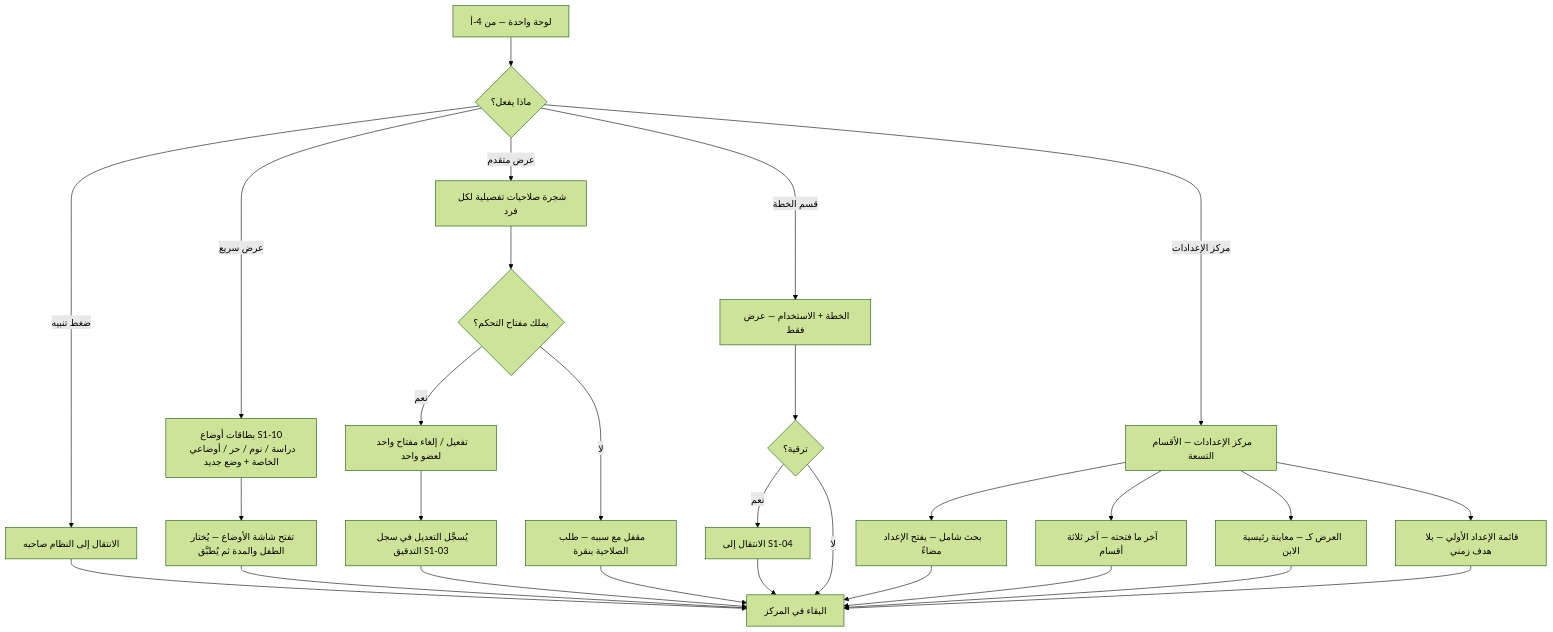
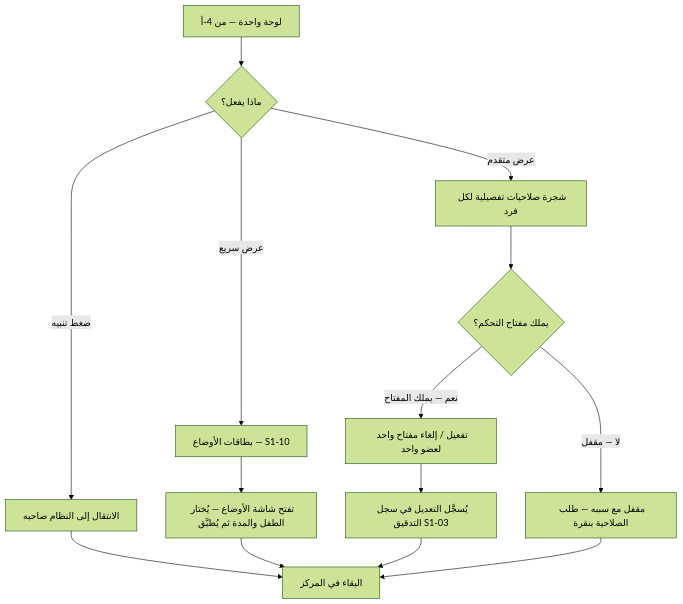
Diagram 17 of 33 in docs/family-os/governance/phases/phase-1/S1-09-command-center-and-settings/DIAGRAMS.md (Bassam-mohammed-alqaeadi/family-os-v2), drawn with Mermaid (forest theme) before and after one commit. The commit also changed other lines of this file, not shown here.

````diff
--- a/docs/family-os/governance/phases/phase-1/S1-09-command-center-and-settings/DIAGRAMS.md
+++ b/docs/family-os/governance/phases/phase-1/S1-09-command-center-and-settings/DIAGRAMS.md
@@ -515,30 +645,17 @@
 ```mermaid
 flowchart TD
     Dash[لوحة واحدة — من 4-أ] --> Act{ماذا يفعل؟}
     Act -->|ضغط تنبيه| Nav[الانتقال إلى النظام صاحبه]
-    Act -->|عرض سريع| Quick["بطاقات أوضاع S1-10<br/>دراسة / نوم / حر / أوضاعي الخاصة + وضع جديد"]
+    Act -->|عرض سريع| Quick["بطاقات الأوضاع — S1-10"]
     Quick --> Apply[تفتح شاشة الأوضاع — يُختار الطفل والمدة ثم يُطبَّق]
     Act -->|عرض متقدم| Adv[شجرة صلاحيات تفصيلية لكل فرد]
     Adv --> LockD{يملك مفتاح التحكم؟}
-    LockD -->|نعم| Edit[تفعيل / إلغاء مفتاح واحد لعضو واحد]
+    LockD -->|نعم — يملك المفتاح| Edit[تفعيل / إلغاء مفتاح واحد لعضو واحد]
     Edit --> Audit[يُسجَّل التعديل في سجل التدقيق S1-03]
-    LockD -->|لا| LockReq[مقفل مع سببه — طلب الصلاحية بنقرة]
-    Act -->|قسم الخطة| Plan[الخطة + الاستخدام — عرض فقط]
-    Plan --> Upg{ترقية؟}
-    Upg -->|نعم| S104[الانتقال إلى S1-04]
-    Upg -->|لا| Stay[البقاء في المركز]
-    Act -->|مركز الإعدادات| More[مركز الإعدادات — الأقسام التسعة]
-    More --> Search[بحث شامل — يفتح الإعداد مضاءً]
-    More --> Last[آخر ما فتحته — آخر ثلاثة أقسام]
-    More --> ViewAs[العرض كـ — معاينة رئيسية الابن]
-    More --> Check[قائمة الإعداد الأولي — بلا هدف زمني]
+    LockD -->|لا — مقفل| LockReq[مقفل مع سببه — طلب الصلاحية بنقرة]
     Nav --> Stay
     Apply --> Stay
     Audit --> Stay
     LockReq --> Stay
-    S104 --> Stay
-    Search --> Stay
-    Last --> Stay
-    ViewAs --> Stay
-    Check --> Stay
+    Stay[البقاء في المركز]
 ```
````
